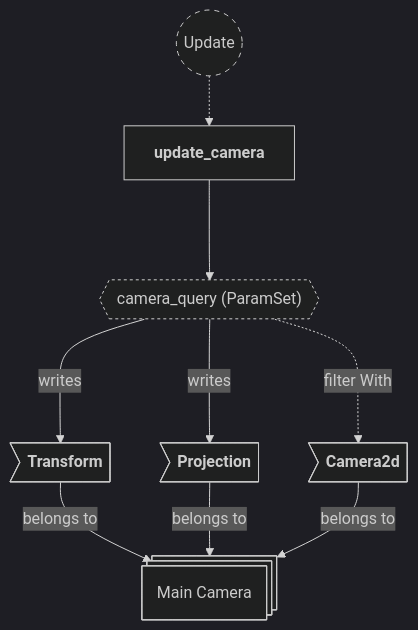
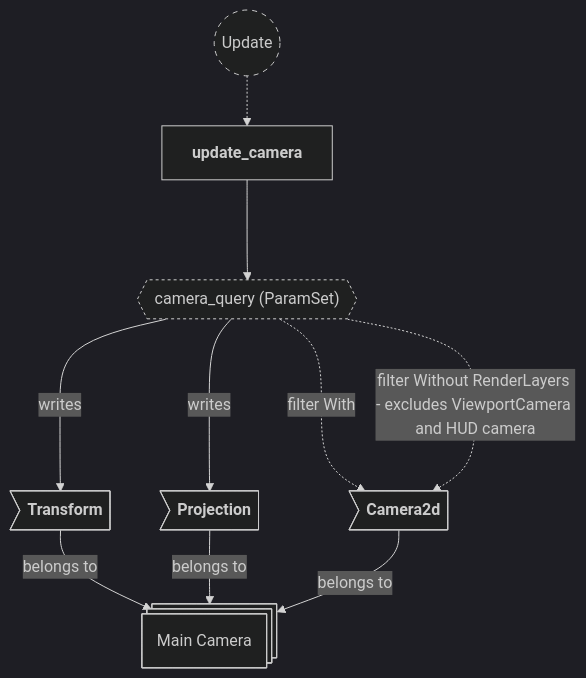
The fifth of 8 diagrams in backlog/docs/doc-6 - 005-Camera-plugin.md (neurosoup/tyled), drawn with Mermaid before and after one commit. The commit also changed other lines of this file and 8 other files, not shown here.

````diff
--- a/backlog/docs/doc-6 - 005-Camera-plugin.md
+++ b/backlog/docs/doc-6 - 005-Camera-plugin.md
@@ -181,28 +192,29 @@
 ```mermaid
 ---
 config:
   theme: dark
 ---
 
 flowchart TD
 classDef system-group stroke-dasharray: 5 5
 classDef query stroke-dasharray: 3 3
 
 update(("`Update`")):::system-group
 update_camera["`**update_camera**`"]
 
 update -.-> update_camera
 
 camera_query{{"`camera_query (ParamSet)`"}}:::query
 update_camera ---> camera_query
 
 camera_entity@{ shape: st-rect, label: "Main Camera" }
 
 ce_transform>"`**Transform**`"] --> |belongs to| camera_entity
 ce_projection>"`**Projection**`"] --> |belongs to| camera_entity
 ce_camera2d>"`**Camera2d**`"] --> |belongs to| camera_entity
 
 camera_query ---> |writes| ce_transform
 camera_query ---> |writes| ce_projection
 camera_query -..-> |filter With| ce_camera2d
+camera_query -..-> |filter Without RenderLayers - excludes ViewportCamera and HUD camera| ce_camera2d
 ```
````
